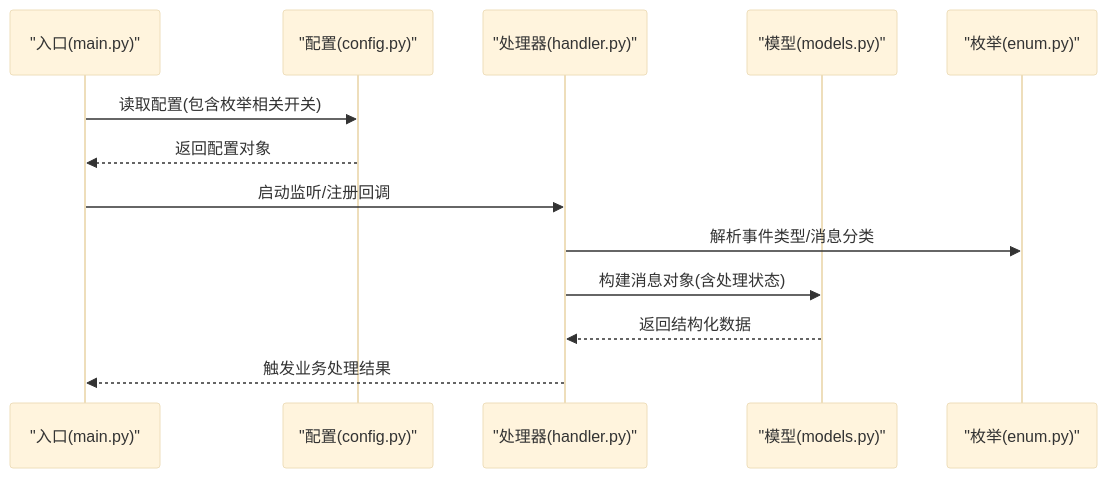
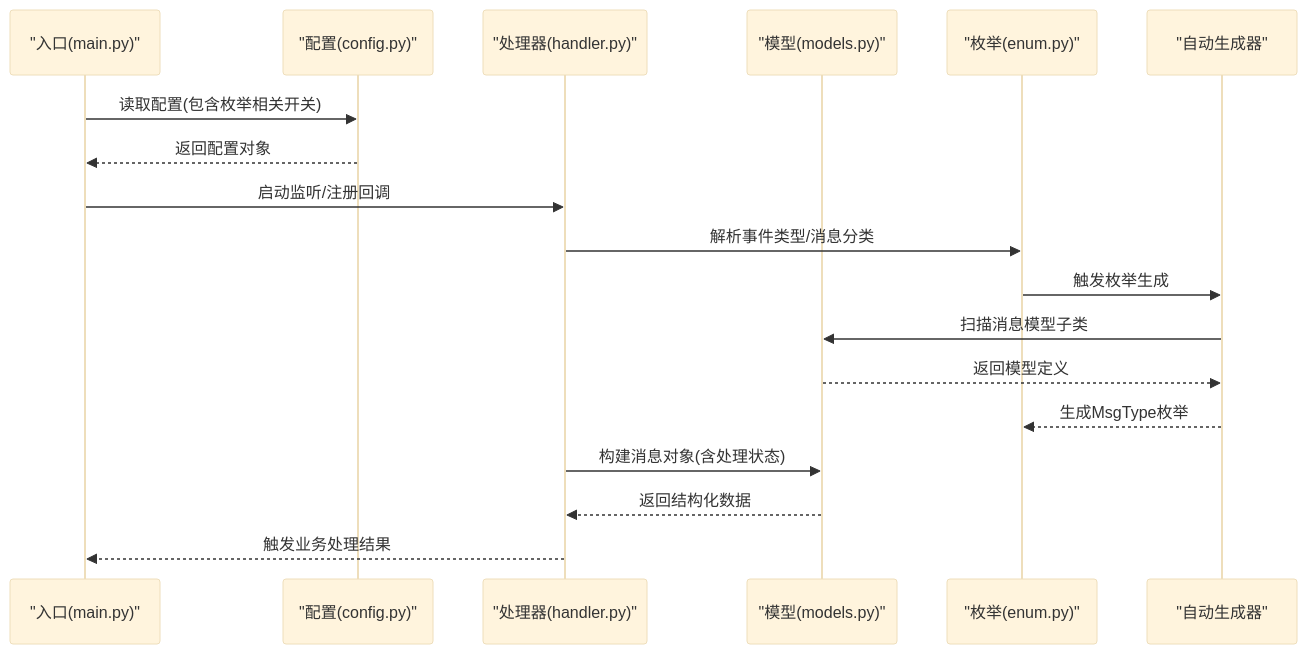
One commit to laowumdzz/Blive-Bot changed the second of 9 diagrams in .qoder/repowiki/zh/content/API参考/枚举类型.md. Above: the diagram before and after it, drawn with Mermaid (base theme). The commit also changed other lines of this file and 12 other files, not shown here.

````diff
--- a/.qoder/repowiki/zh/content/API参考/枚举类型.md
+++ b/.qoder/repowiki/zh/content/API参考/枚举类型.md
@@ -74,15 +88,20 @@
 ```mermaid
 sequenceDiagram
 participant Main as "入口(main.py)"
 participant Config as "配置(config.py)"
 participant Handler as "处理器(handler.py)"
 participant Model as "模型(models.py)"
 participant Enum as "枚举(enum.py)"
+participant AutoGen as "自动生成器"
 Main->>Config : 读取配置(包含枚举相关开关)
 Config-->>Main : 返回配置对象
 Main->>Handler : 启动监听/注册回调
 Handler->>Enum : 解析事件类型/消息分类
+Enum->>AutoGen : 触发枚举生成
+AutoGen->>Model : 扫描消息模型子类
+Model-->>AutoGen : 返回模型定义
+AutoGen-->>Enum : 生成MsgType枚举
 Handler->>Model : 构建消息对象(含处理状态)
 Model-->>Handler : 返回结构化数据
 Handler-->>Main : 触发业务处理结果
 ```
````
